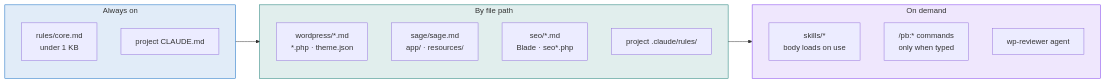
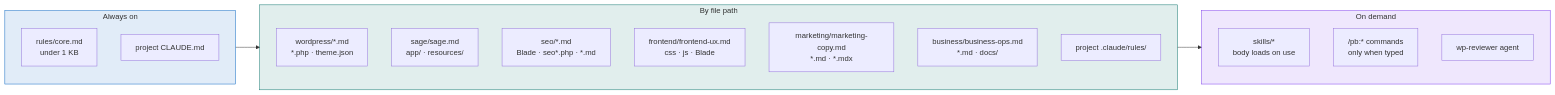
The third of 3 diagrams in README.md (matthummel-pa/ai-dev-standards-playbook), drawn with Mermaid before and after one commit. The commit also changed other lines of this file and 15 other files, not shown here.

````diff
--- a/README.md
+++ b/README.md
@@ -168,22 +171,25 @@
 ```mermaid
 flowchart LR
   subgraph always["Always on"]
     core["rules/core.md<br/>under 1 KB"]
     claude["project CLAUDE.md"]
   end
   subgraph path["By file path"]
     wp["wordpress/*.md<br/>*.php · theme.json"]
     sage["sage/sage.md<br/>app/ · resources/"]
-    seo["seo/*.md<br/>Blade · seo*.php"]
+    seo["seo/*.md<br/>Blade · seo*.php · *.md"]
+    fe["frontend/frontend-ux.md<br/>css · js · Blade"]
+    mk["marketing/marketing-copy.md<br/>*.md · *.mdx"]
+    biz["business/business-ops.md<br/>*.md · docs/"]
     proj["project .claude/rules/"]
   end
   subgraph demand["On demand"]
     skills["skills/*<br/>body loads on use"]
     cmds["/pb:* commands<br/>only when typed"]
     agent["wp-reviewer agent"]
   end
   always --> path --> demand
   style always fill:#0a66c2,fill-opacity:0.12,stroke:#0a66c2
   style path fill:#0f766e,fill-opacity:0.12,stroke:#0f766e
   style demand fill:#7c3aed,fill-opacity:0.12,stroke:#7c3aed
 ```
````
